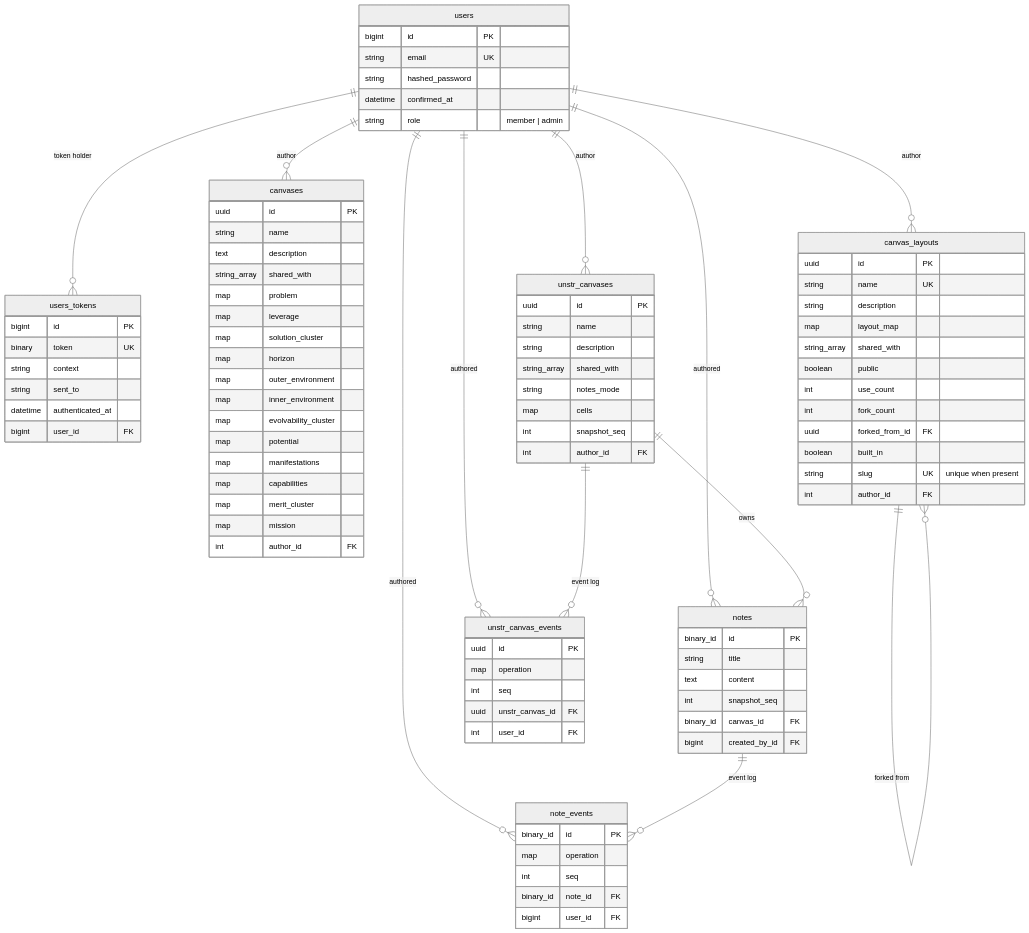
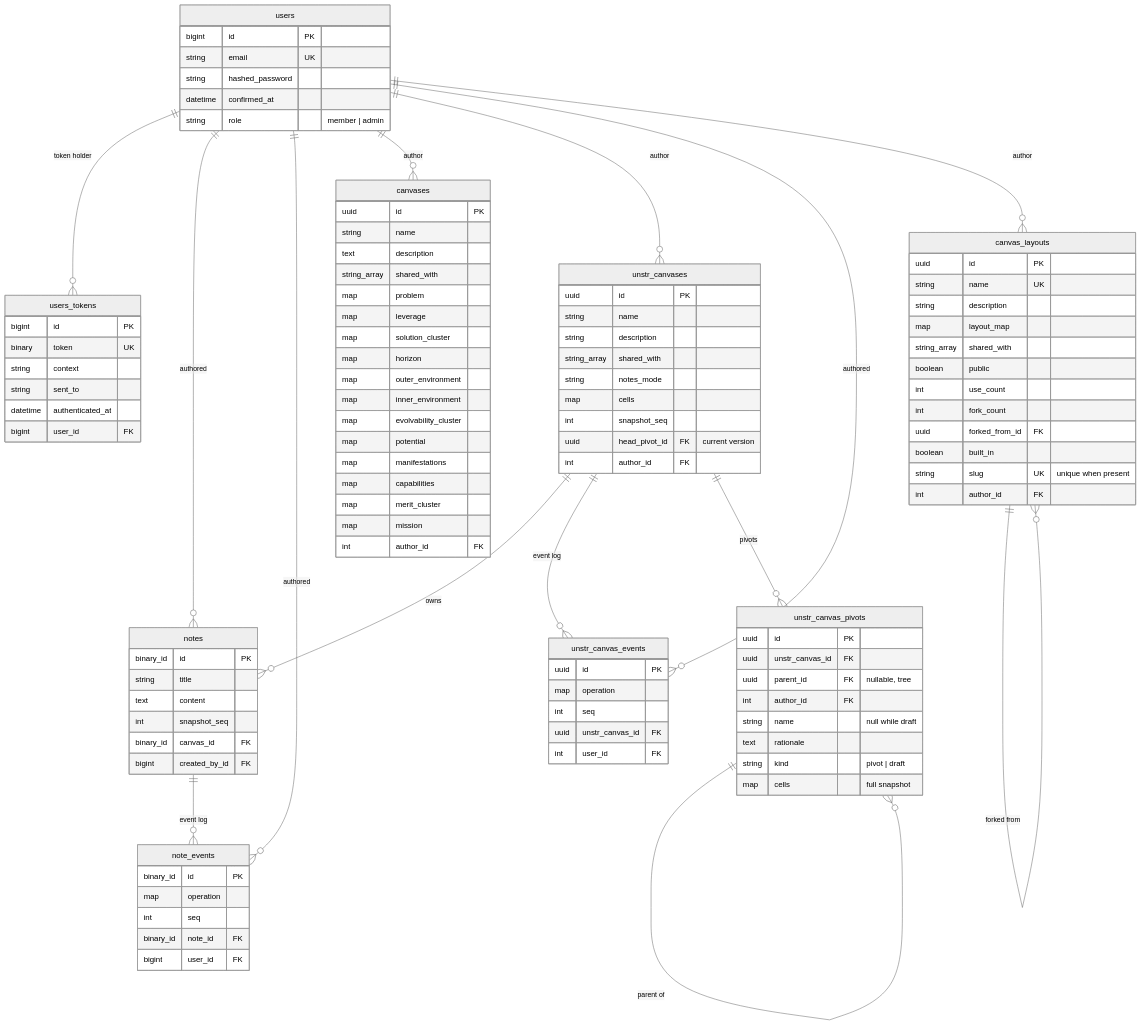
One commit to beltranaceves/psc-elixir changed the diagram in docs/data_model.md. Above: the diagram before and after it, drawn with Mermaid (neutral theme). The commit also changed 3 other files, not shown here.

Commit message:
docs(canvas): pivots and fulcrums ADRs

```diff
--- a/docs/data_model.md
+++ b/docs/data_model.md
@@ -29,6 +29,8 @@
     unstr_canvases ||--o{ notes : "owns"
     notes ||--o{ note_events : "event log"
     unstr_canvases ||--o{ unstr_canvas_events : "event log"
+    unstr_canvases ||--o{ unstr_canvas_pivots : "pivots"
+    unstr_canvas_pivots ||--o{ unstr_canvas_pivots : "parent of"
 
     users {
         bigint id PK
@@ -87,7 +89,18 @@
         string notes_mode
         map cells
         int snapshot_seq
+        uuid head_pivot_id FK "current version"
         int author_id FK
+    }
+    unstr_canvas_pivots {
+        uuid id PK
+        uuid unstr_canvas_id FK
+        uuid parent_id FK "nullable, tree"
+        int author_id FK
+        string name "null while draft"
+        text rationale
+        string kind "pivot | draft"
+        map cells "full snapshot"
     }
     unstr_canvas_events {
         uuid id PK
```
